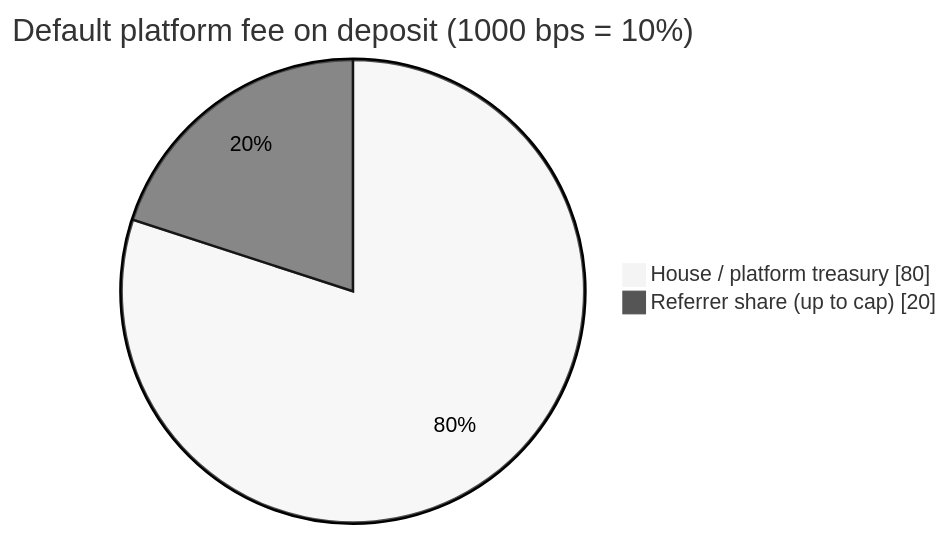
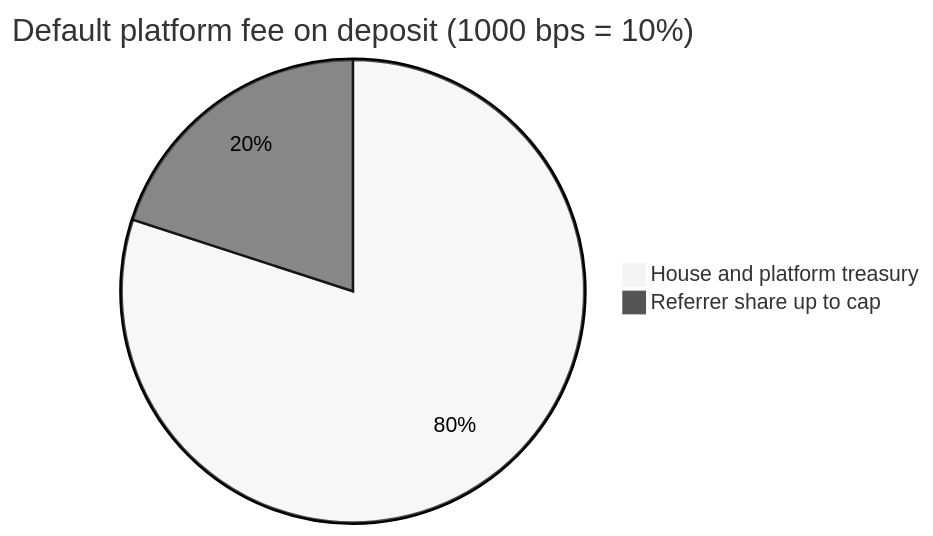
Before and after one commit to AmaanSayyad/apt-casino: the second of 6 diagrams in liquidity.md, drawn with Mermaid (neutral theme). The commit also changed other lines of this file and 5 other files, not shown here.

First line of the commit message:
docs: fix Mermaid diagrams for GitHub rendering

````diff
--- a/liquidity.md
+++ b/liquidity.md
@@ -62,6 +62,5 @@
 ```mermaid
-pie showData
-    title Default platform fee on deposit (1000 bps = 10%)
-    "House / platform treasury" : 80
-    "Referrer share (up to cap)" : 20
+pie title Default platform fee on deposit (1000 bps = 10%)
+    "House and platform treasury" : 80
+    "Referrer share up to cap" : 20
 ```
````
